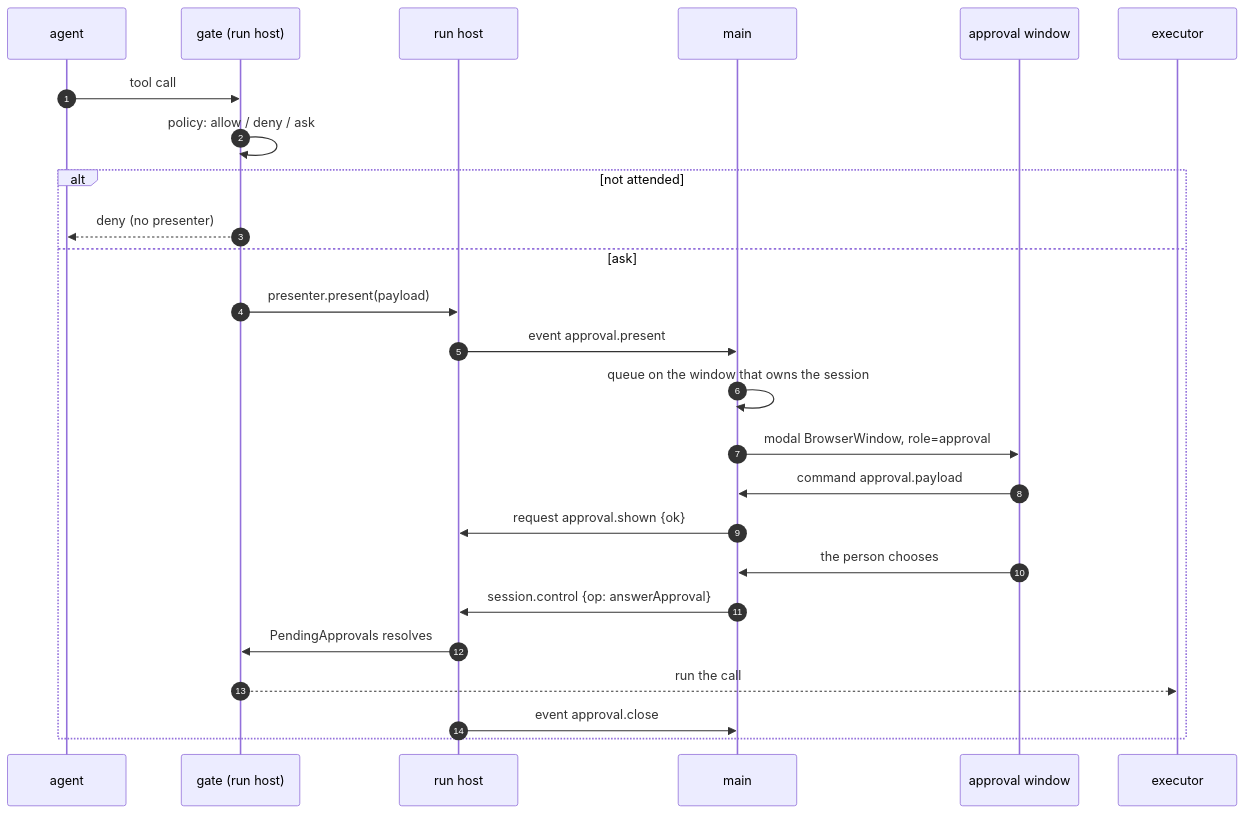
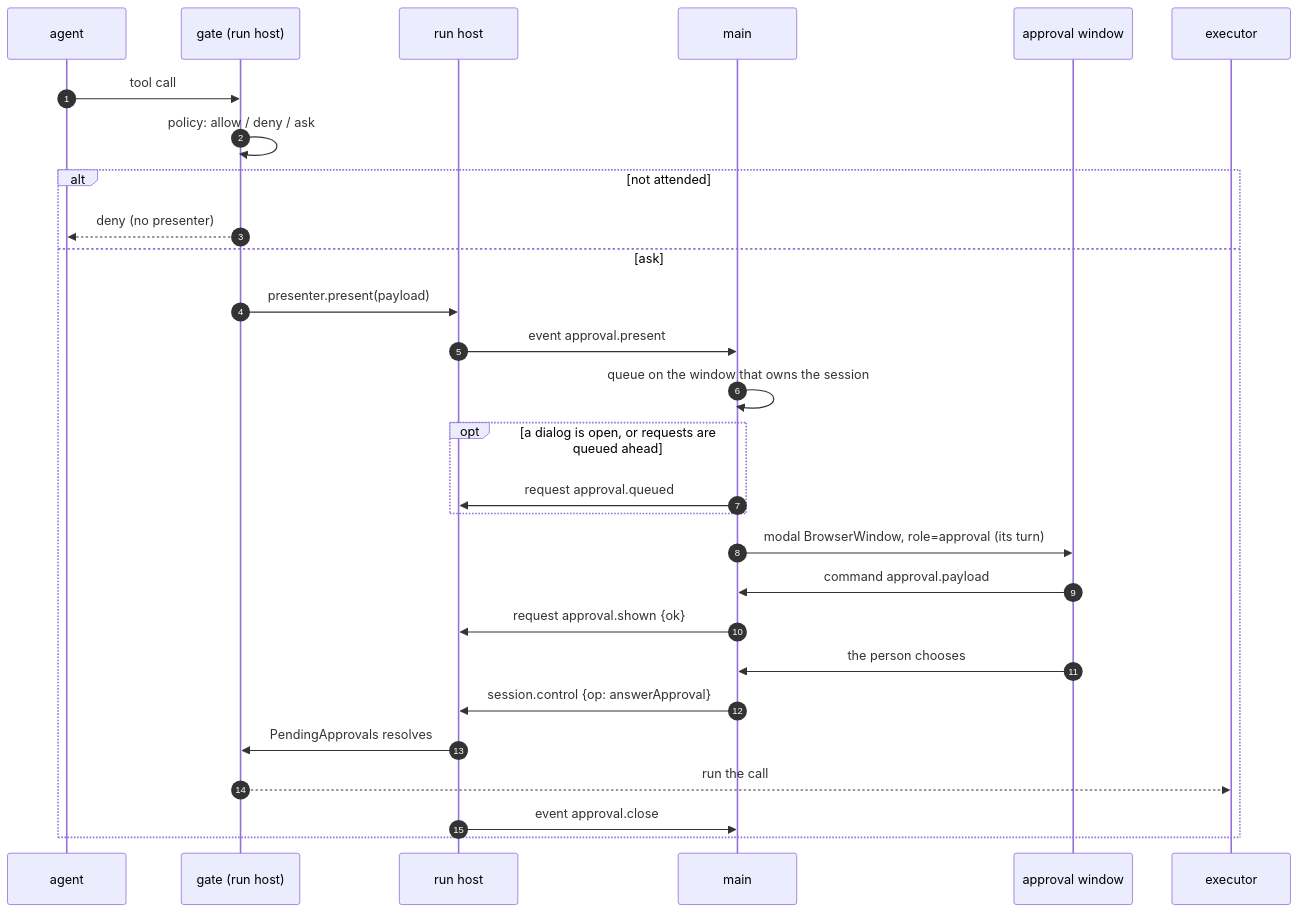
Before and after one commit to Concrete-Dynamics/Rotaris: the second of 4 diagrams in docs/architecture/views/06-sequences.md, drawn with Mermaid. The commit also changed other lines of this file and 25 other files, not shown here.

````diff
--- a/docs/architecture/views/06-sequences.md
+++ b/docs/architecture/views/06-sequences.md
@@ -89,28 +89,31 @@
 ```mermaid
 sequenceDiagram
   autonumber
   participant A as agent
   participant G as gate (run host)
   participant RH as run host
   participant M as main
   participant D as approval window
   participant E as executor
 
   A->>G: tool call
   G->>G: policy: allow / deny / ask
   alt not attended
     G-->>A: deny (no presenter)
   else ask
     G->>RH: presenter.present(payload)
     RH->>M: event approval.present
     M->>M: queue on the window that owns the session
-    M->>D: modal BrowserWindow, role=approval
+    opt a dialog is open, or requests are queued ahead
+      M->>RH: request approval.queued
+    end
+    M->>D: modal BrowserWindow, role=approval (its turn)
     D->>M: command approval.payload
     M->>RH: request approval.shown {ok}
     D->>M: the person chooses
     M->>RH: session.control {op: answerApproval}
     RH->>G: PendingApprovals resolves
     G-->>E: run the call
     RH->>M: event approval.close
   end
 ```
````
